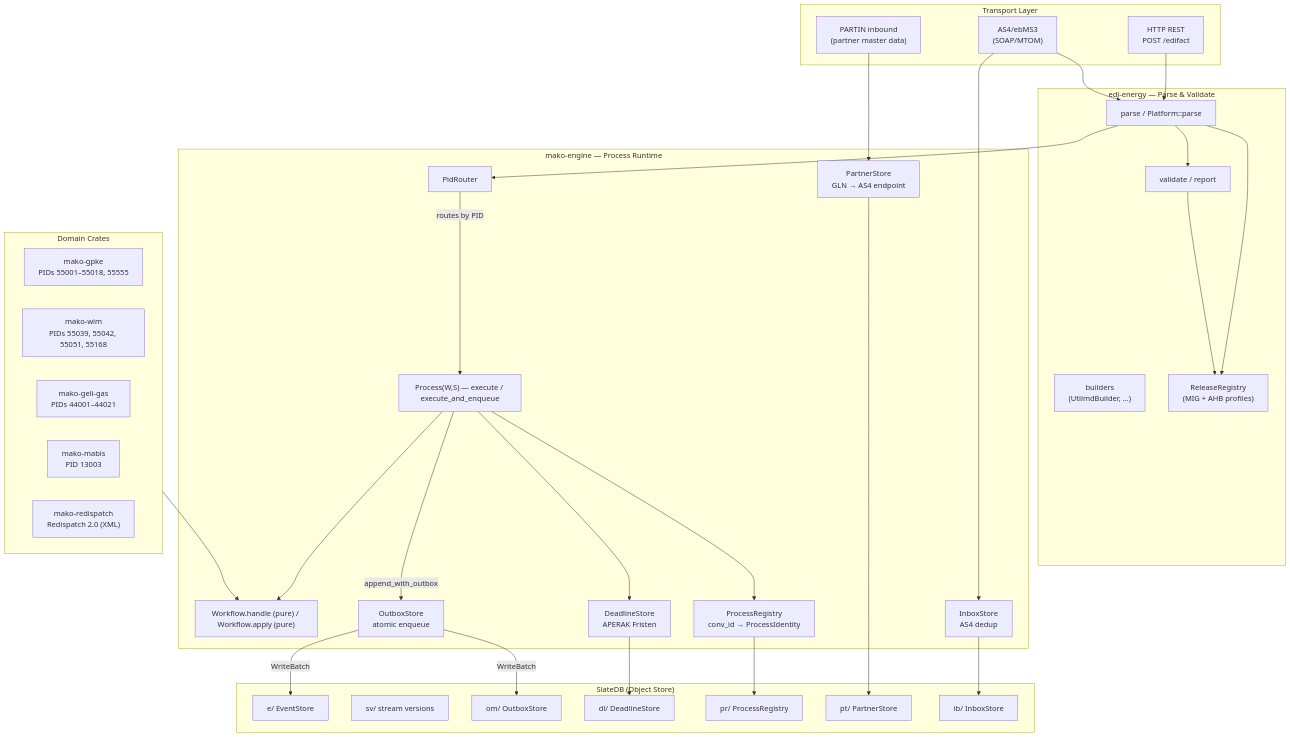
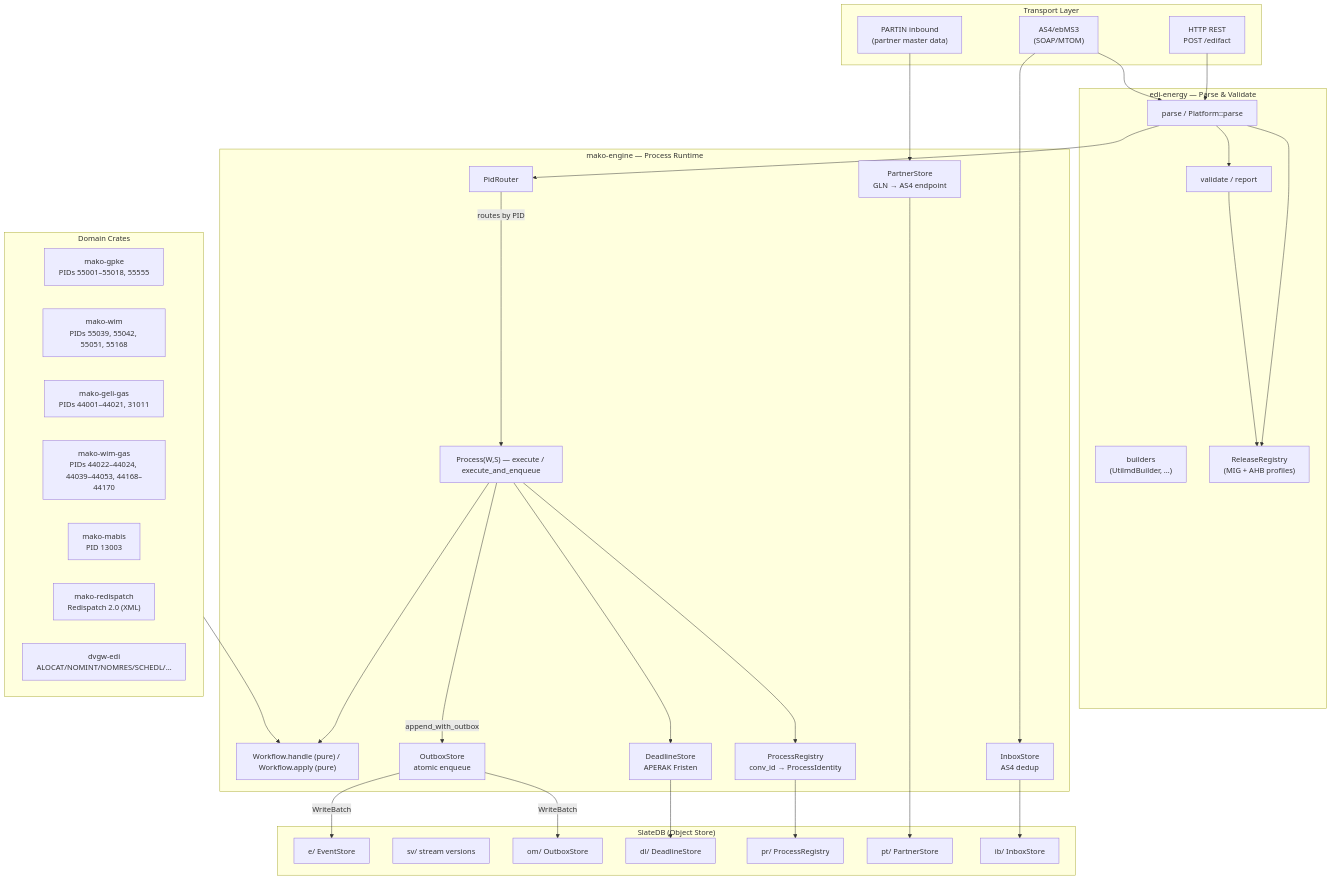
One commit to hupe1980/mako changed the first of 3 diagrams in docs/getting-started.md. Above: the diagram before and after it, drawn with Mermaid. The commit also changed other lines of this file and 102 other files, not shown here.

````diff
--- a/docs/getting-started.md
+++ b/docs/getting-started.md
@@ -28,66 +28,68 @@
 ```mermaid
 graph TB
     subgraph Transport["Transport Layer"]
         AS4["AS4/ebMS3<br/>(SOAP/MTOM)"]
         REST["HTTP REST<br/>POST /edifact"]
         PARTIN["PARTIN inbound<br/>(partner master data)"]
     end
 
     subgraph EDI["edi-energy — Parse & Validate"]
         PARSE["parse / Platform::parse"]
         VALIDATE["validate / report"]
         BUILD["builders<br/>(UtilmdBuilder, …)"]
         REGISTRY["ReleaseRegistry<br/>(MIG + AHB profiles)"]
         PARSE --> VALIDATE
         PARSE --> REGISTRY
         VALIDATE --> REGISTRY
     end
 
     subgraph Engine["mako-engine — Process Runtime"]
         ROUTER["PidRouter"]
         PROCESS["Process(W,S) — execute / execute_and_enqueue"]
         WORKFLOW["Workflow.handle (pure) / Workflow.apply (pure)"]
         DEADLINE["DeadlineStore<br/>APERAK Fristen"]
         OUTBOX["OutboxStore<br/>atomic enqueue"]
         INBOX["InboxStore<br/>AS4 dedup"]
         PARTNERS["PartnerStore<br/>GLN → AS4 endpoint"]
         REGISTRY2["ProcessRegistry<br/>conv_id → ProcessIdentity"]
 
         ROUTER -->|"routes by PID"| PROCESS
         PROCESS --> WORKFLOW
         PROCESS -->|"append_with_outbox"| OUTBOX
         PROCESS --> DEADLINE
         PROCESS --> REGISTRY2
     end
 
     subgraph Domain["Domain Crates"]
         GPKE["mako-gpke<br/>PIDs 55001–55018, 55555"]
         WIM["mako-wim<br/>PIDs 55039, 55042, 55051, 55168"]
-        GAS["mako-geli-gas<br/>PIDs 44001–44021"]
+        GAS["mako-geli-gas<br/>PIDs 44001–44021, 31011"]
+        WIMGAS["mako-wim-gas<br/>PIDs 44022–44024, 44039–44053, 44168–44170"]
         MABIS["mako-mabis<br/>PID 13003"]
         RDSP["mako-redispatch<br/>Redispatch 2.0 (XML)"]
+        DVGW["dvgw-edi<br/>ALOCAT/NOMINT/NOMRES/SCHEDL/…"]
     end
 
     subgraph Store["SlateDB (Object Store)"]
         EVENTS["e/ EventStore"]
         SV["sv/ stream versions"]
         OUTBOX2["om/ OutboxStore"]
         DEADLINES["dl/ DeadlineStore"]
         PROC["pr/ ProcessRegistry"]
         PT["pt/ PartnerStore"]
         IB["ib/ InboxStore"]
     end
 
     AS4 --> INBOX
     REST --> PARSE
     AS4 --> PARSE
     PARTIN --> PARTNERS
     PARSE --> ROUTER
     Domain --> WORKFLOW
     OUTBOX -->|"WriteBatch"| EVENTS
     OUTBOX -->|"WriteBatch"| OUTBOX2
     DEADLINE --> DEADLINES
     REGISTRY2 --> PROC
     PARTNERS --> PT
     INBOX --> IB
 ```
````
